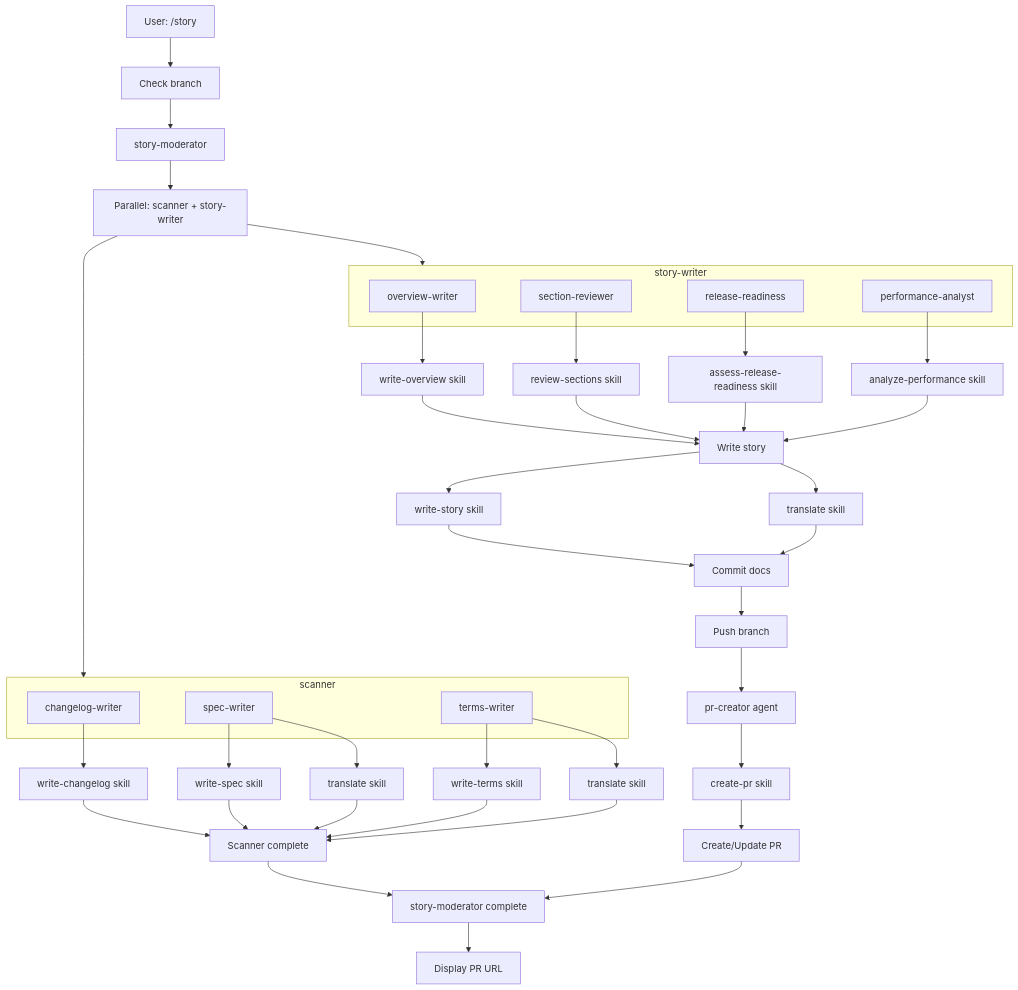
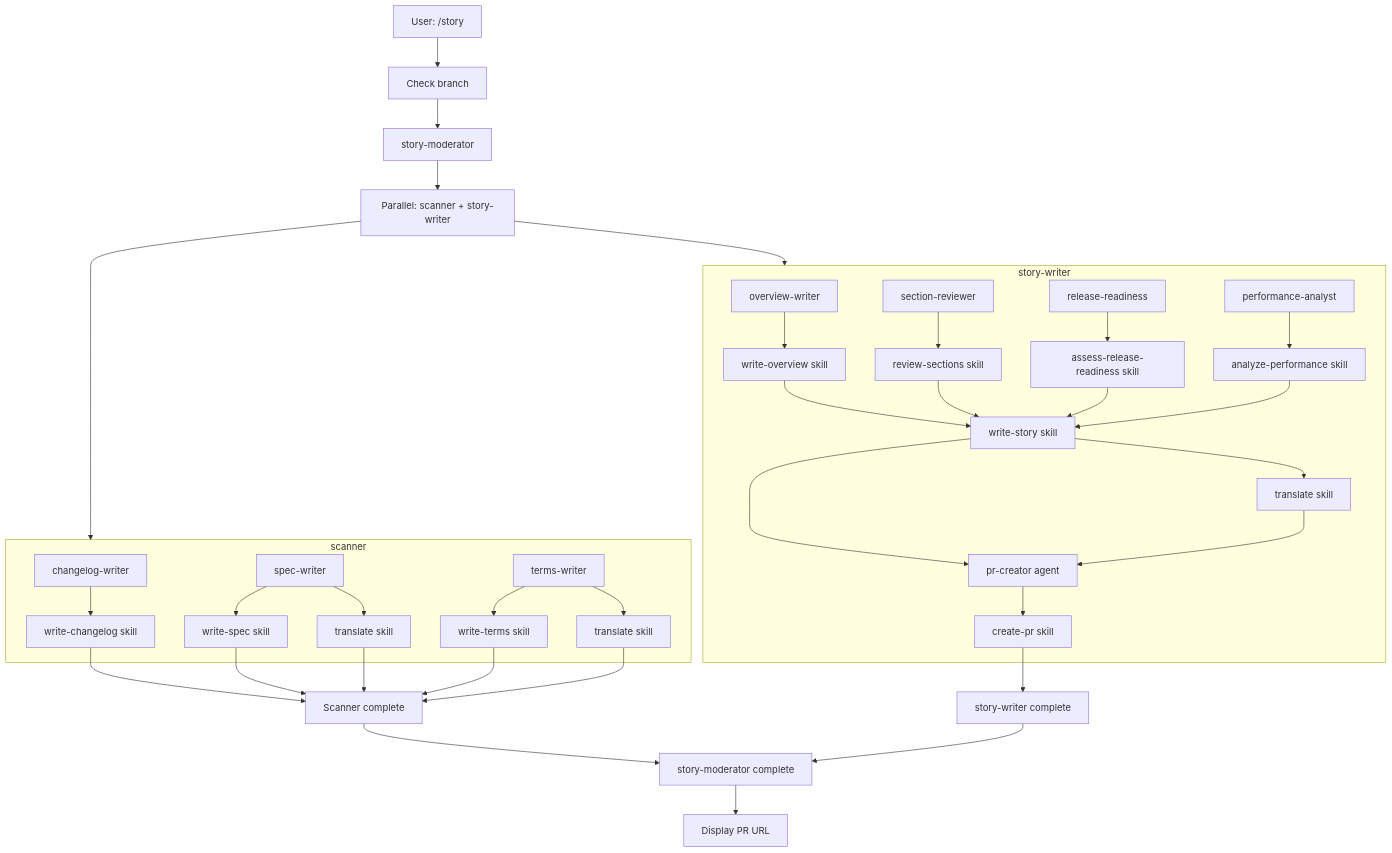
Before and after one commit to qmu/workaholic: the third of 3 diagrams in .workaholic/specs/command-flows.md, drawn with Mermaid. The commit also changed other lines of this file and 1 other file, not shown here.

Commit message:
Fix /story Dependency Chart to Show Correct Ownership
Motivation: Chart incorrectly showed write-story and pr-creator outside story-writer subgraph

Arch Change: Moved write-story skill, translate skill, and pr-creator agent inside StoryWriter subgraph to reflect actual implementation where story-writer owns these components

````diff
--- a/.workaholic/specs/command-flows.md
+++ b/.workaholic/specs/command-flows.md
@@ -120,49 +120,43 @@
 ```mermaid
 flowchart TD
     A[User: /story] --> B[Check branch]
     B --> SM[story-moderator]
 
     SM --> P1[Parallel: scanner + story-writer]
 
     subgraph Scanner[scanner]
         F[changelog-writer]
         G[spec-writer]
         H[terms-writer]
+        F --> F1[write-changelog skill]
+        G --> G1[write-spec skill]
+        G --> G2[translate skill]
+        H --> H1[write-terms skill]
+        H --> H2[translate skill]
     end
 
     subgraph StoryWriter[story-writer]
         OW[overview-writer]
         SR[section-reviewer]
         I[release-readiness]
         PA[performance-analyst]
+        OW --> OW1[write-overview skill]
+        SR --> SR1[review-sections skill]
+        I --> I1[assess-release-readiness skill]
+        PA --> PA1[analyze-performance skill]
+        OW1 & SR1 & I1 & PA1 --> SW[write-story skill]
+        SW --> SW2[translate skill]
+        SW & SW2 --> PR[pr-creator agent]
+        PR --> PR1[create-pr skill]
     end
 
     P1 --> Scanner
     P1 --> StoryWriter
 
-    F --> F1[write-changelog skill]
-    G --> G1[write-spec skill]
-    G --> G2[translate skill]
-    H --> H1[write-terms skill]
-    H --> H2[translate skill]
-    OW --> OW1[write-overview skill]
-    SR --> SR1[review-sections skill]
-    I --> I1[assess-release-readiness skill]
-    PA --> PA1[analyze-performance skill]
-
     F1 & G1 & G2 & H1 & H2 --> SC[Scanner complete]
-    OW1 & SR1 & I1 & PA1 --> SW[Write story]
-
-    SW --> J1[write-story skill]
-    SW --> J2[translate skill]
-
-    J1 & J2 --> K[Commit docs]
-    K --> L[Push branch]
-    L --> M[pr-creator agent]
-    M --> M1[create-pr skill]
-    M1 --> N[Create/Update PR]
+    PR1 --> SWC[story-writer complete]
 
     SC --> SM2[story-moderator complete]
-    N --> SM2
+    SWC --> SM2
     SM2 --> O[Display PR URL]
 ```
````
